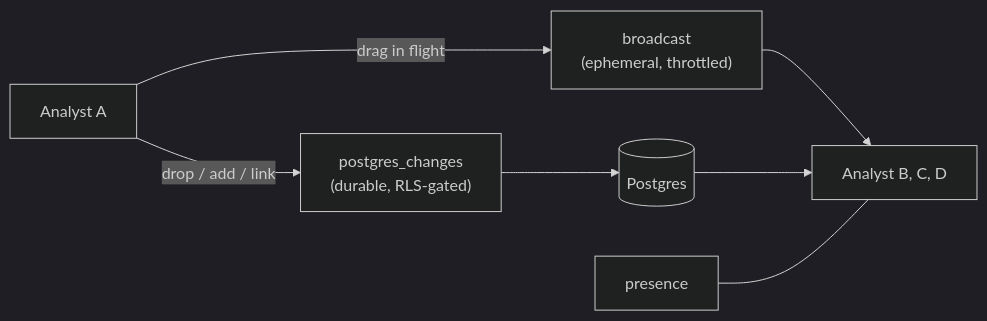
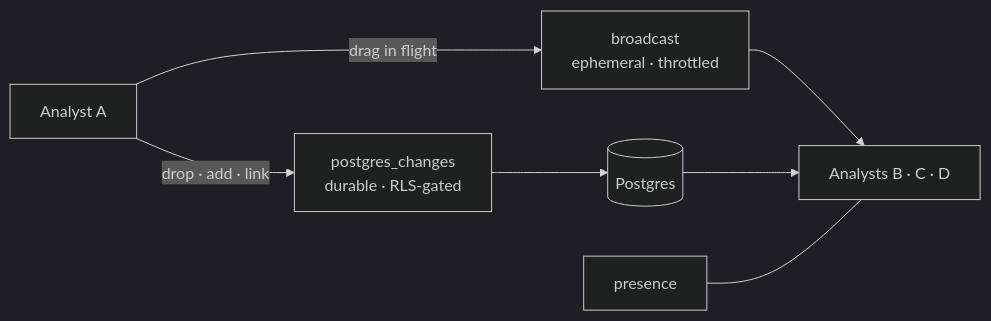
One commit to roninchris/TheBelfry changed the first of 2 diagrams in README.md. Above: the diagram before and after it, drawn with Mermaid (dark theme). The commit also changed other lines of this file and 14 other files, not shown here.

````diff
--- a/README.md
+++ b/README.md
@@ -44,9 +50,9 @@
 ```mermaid
 flowchart LR
-    A["Analyst A"] -->|"drag in flight"| B["broadcast<br/>(ephemeral, throttled)"]
-    A -->|"drop / add / link"| C["postgres_changes<br/>(durable, RLS-gated)"]
-    B --> D["Analyst B, C, D"]
+    A["Analyst A"] -->|"drag in flight"| B["broadcast<br/>ephemeral · throttled"]
+    A -->|"drop · add · link"| C["postgres_changes<br/>durable · RLS-gated"]
+    B --> D["Analysts B · C · D"]
     C --> E[("Postgres")]
     E --> D
     F["presence"] --- D
 ```
````
